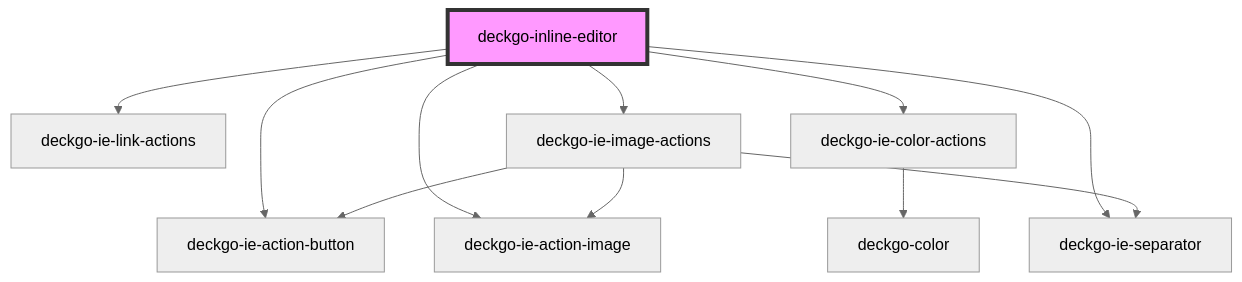
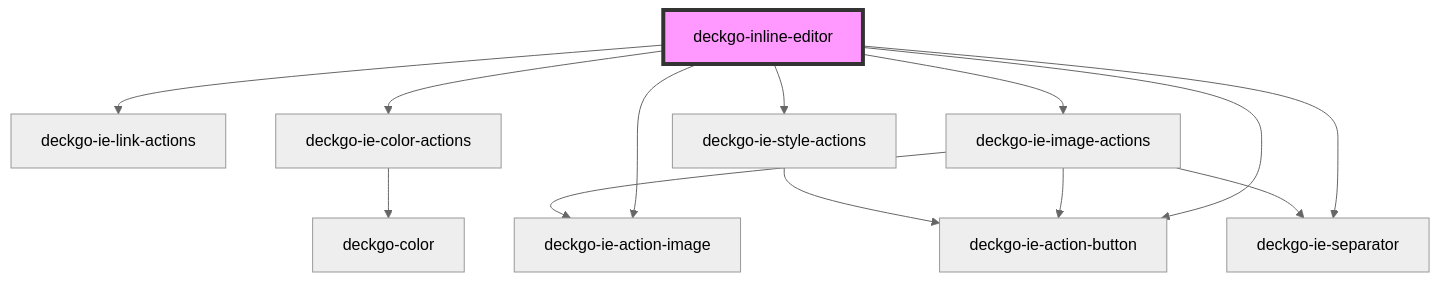
Before and after one commit to deckgo/deckdeckgo: the diagram in webcomponents/inline-editor/src/components/inline-editor/readme.md, drawn with Mermaid (neutral theme). The commit also changed other lines of this file and 9 other files, not shown here.

````diff
--- a/webcomponents/inline-editor/src/components/inline-editor/readme.md
+++ b/webcomponents/inline-editor/src/components/inline-editor/readme.md
@@ -52,14 +53,16 @@
 ```mermaid
 graph TD;
   deckgo-inline-editor --> deckgo-ie-action-button
   deckgo-inline-editor --> deckgo-ie-action-image
   deckgo-inline-editor --> deckgo-ie-link-actions
   deckgo-inline-editor --> deckgo-ie-color-actions
   deckgo-inline-editor --> deckgo-ie-image-actions
+  deckgo-inline-editor --> deckgo-ie-style-actions
   deckgo-inline-editor --> deckgo-ie-separator
   deckgo-ie-color-actions --> deckgo-color
   deckgo-ie-image-actions --> deckgo-ie-action-button
   deckgo-ie-image-actions --> deckgo-ie-action-image
   deckgo-ie-image-actions --> deckgo-ie-separator
+  deckgo-ie-style-actions --> deckgo-ie-action-button
   style deckgo-inline-editor fill:#f9f,stroke:#333,stroke-width:4px
 ```
````
